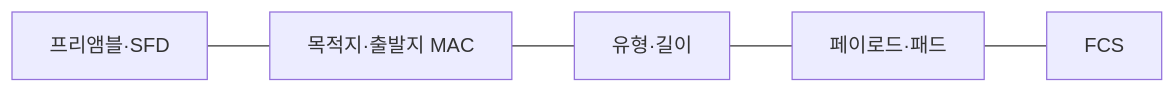
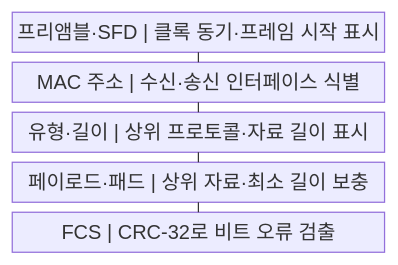
One commit to agnusdei1207/knowledge-base changed the first of 2 diagrams in src/content/docs/notes/04-network/015_ethernet_frame.md. Above: the diagram before and after it, drawn with Mermaid. The commit also changed other lines of this file and 20 other files, not shown here.

````diff
--- a/src/content/docs/notes/04-network/015_ethernet_frame.md
+++ b/src/content/docs/notes/04-network/015_ethernet_frame.md
@@ -62,4 +63,13 @@
 ```mermaid
-flowchart LR
-    P["프리앰블·SFD"] --- M["목적지·출발지 MAC"] --- T["유형·길이"] --- D["페이로드·패드"] --- F["FCS"]
+block
+    columns 1
+    A["프리앰블·SFD | 클록 동기·프레임 시작 표시"]
+    B["MAC 주소 | 수신·송신 인터페이스 식별"]
+    C["유형·길이 | 상위 프로토콜·자료 길이 표시"]
+    D["페이로드·패드 | 상위 자료·최소 길이 보충"]
+    E["FCS | CRC-32로 비트 오류 검출"]
+    A --- B
+    B --- C
+    C --- D
+    D --- E
 ```
````
